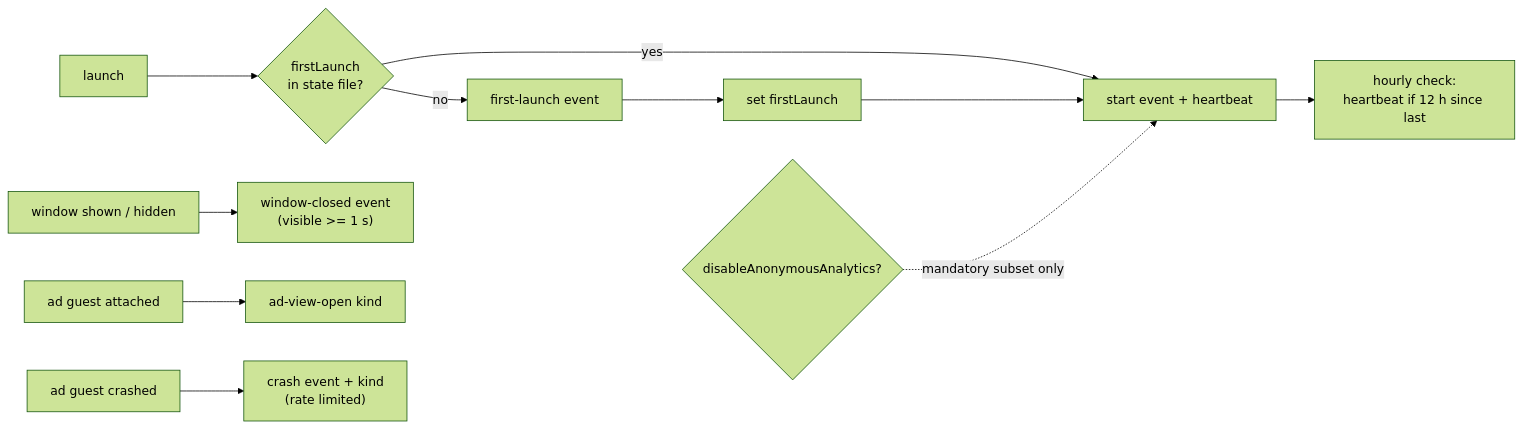
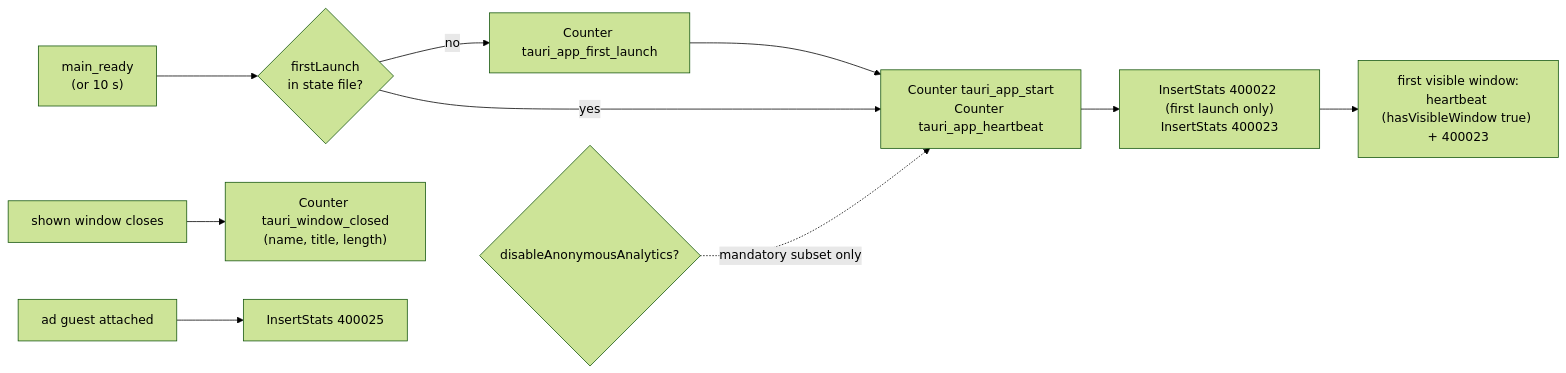
The seventh of 9 diagrams in docs/ARCHITECTURE.md (AlloryDante/ow-tauri), drawn with Mermaid (forest theme) before and after one commit. The commit also changed other lines of this file and 3 other files, not shown here.

First line of the commit message:
docs: align architecture, port map, README and changelog with the parity contract

````diff
--- a/docs/ARCHITECTURE.md
+++ b/docs/ARCHITECTURE.md
@@ -308,12 +348,11 @@
 ```mermaid
 flowchart LR
-  L["launch"] --> FL{"firstLaunch<br/>in state file?"}
-  FL -- no --> E1["first-launch event"] --> MARK["set firstLaunch"]
-  FL -- yes --> S
-  MARK --> S["start event + heartbeat"]
-  S --> H["hourly check:<br/>heartbeat if 12 h since last"]
-  WV["window shown / hidden"] --> WE["window-closed event<br/>(visible >= 1 s)"]
-  AG["ad guest attached"] --> AO["ad-view-open kind"]
-  AC["ad guest crashed"] --> ACR["crash event + kind<br/>(rate limited)"]
+  MR["main_ready<br/>(or 10 s)"] --> FL{"firstLaunch<br/>in state file?"}
+  FL -- no --> E1["Counter tauri_app_first_launch"] --> S
+  FL -- yes --> S["Counter tauri_app_start<br/>Counter tauri_app_heartbeat"]
+  S --> K["InsertStats 400022 (first launch only)<br/>InsertStats 400023"]
+  K --> H["first visible window:<br/>heartbeat (hasVisibleWindow true) + 400023"]
+  WV["shown window closes"] --> WE["Counter tauri_window_closed<br/>(name, title, length)"]
+  AG["ad guest attached"] --> AO["InsertStats 400025"]
   OPT{"disableAnonymousAnalytics?"} -. "mandatory subset only" .-> S
 ```
````
